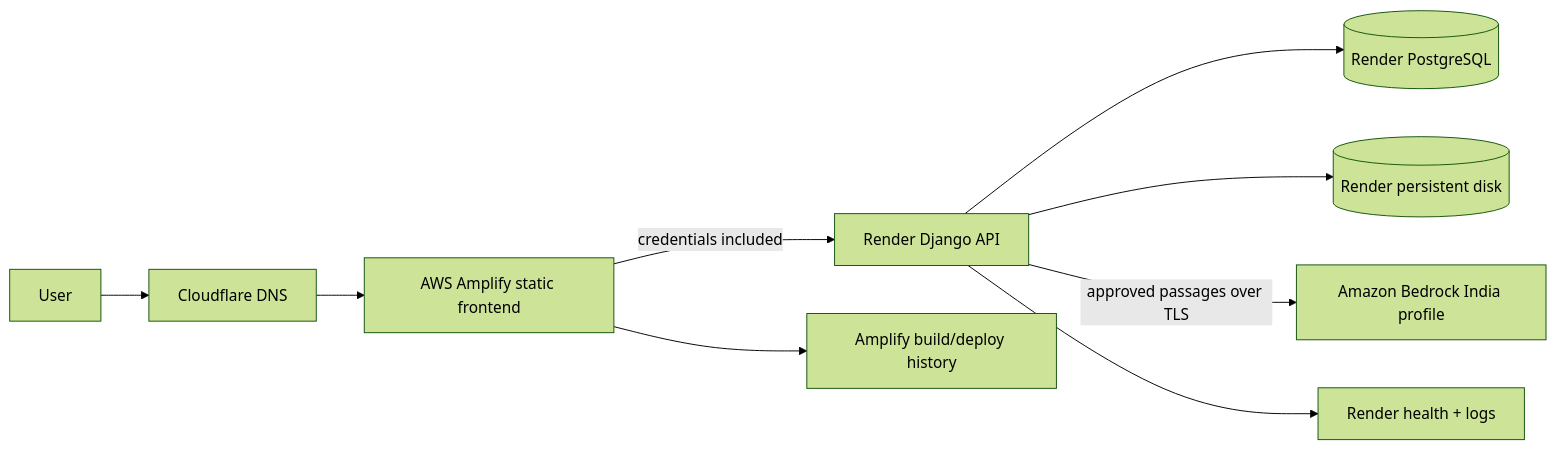
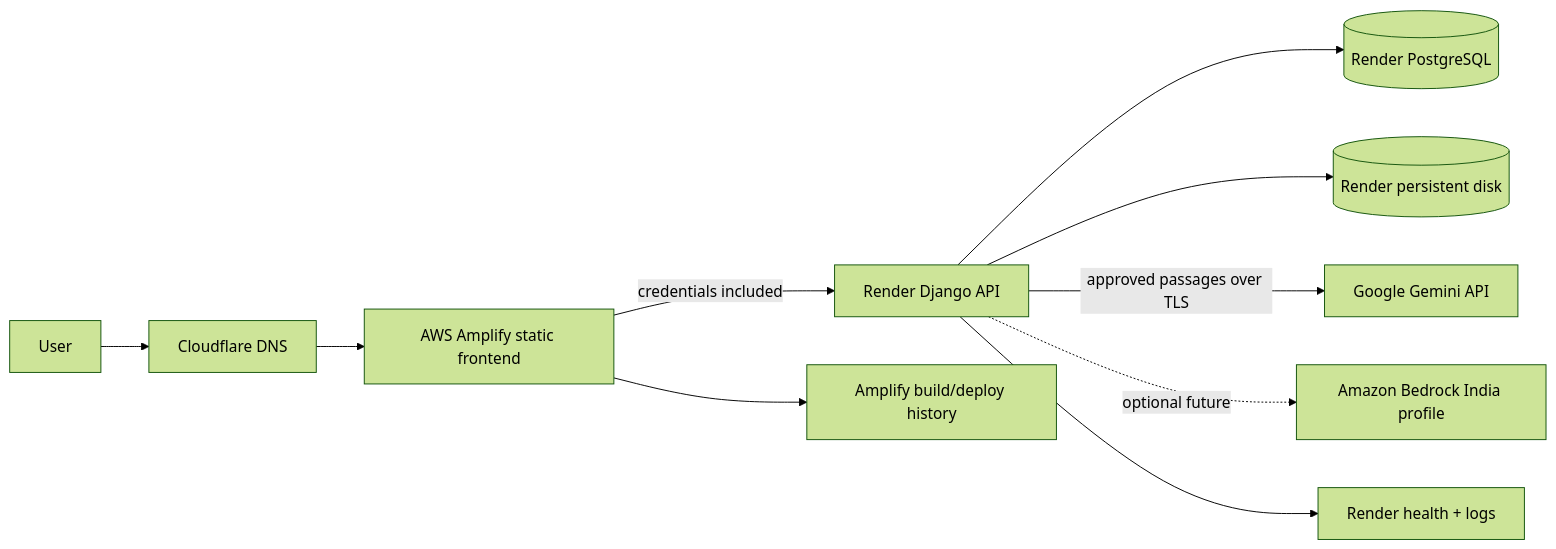
The diagram in docs/aws/README.md (SenseiSaad/openvault), drawn with Mermaid (forest theme) before and after one commit. The commit also changed other lines of this file and 16 other files, not shown here.

````diff
--- a/docs/aws/README.md
+++ b/docs/aws/README.md
@@ -21,11 +23,12 @@
 ```mermaid
 flowchart LR
   U[User] --> CF[Cloudflare DNS]
   CF --> AMP[AWS Amplify static frontend]
   AMP -->|credentials included| API[Render Django API]
   API --> DB[(Render PostgreSQL)]
   API --> DISK[(Render persistent disk)]
-  API -->|approved passages over TLS| BR[Amazon Bedrock India profile]
+  API -->|approved passages over TLS| GM[Google Gemini API]
+  API -. optional future .-> BR[Amazon Bedrock India profile]
   AMP --> AMPLIFYLOGS[Amplify build/deploy history]
   API --> RENDERLOGS[Render health + logs]
 ```
````
